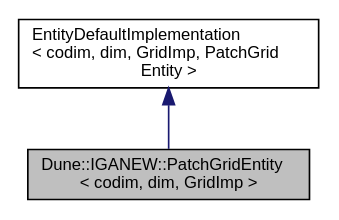
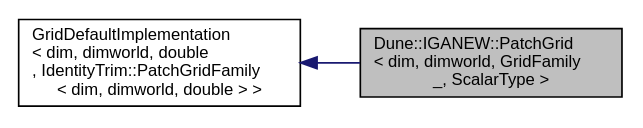
Before and after one commit to rath3t/dune-iga-doc: the diagram in d1/d0d/a01191.dot, drawn with Graphviz. The commit also changed 1206 other files, not shown here.

```diff
--- a/d1/d0d/a01191.dot
+++ b/d1/d0d/a01191.dot
@@ -1,9 +1,10 @@
-digraph "Dune::IGANEW::PatchGridEntity&lt; codim, dim, GridImp &gt;"
+digraph "Dune::IGANEW::PatchGrid&lt; dim, dimworld, GridFamily_, ScalarType &gt;"
 {
  // LATEX_PDF_SIZE
   edge [fontname="Helvetica",fontsize="10",labelfontname="Helvetica",labelfontsize="10"];
   node [fontname="Helvetica",fontsize="10",shape=record];
-  Node1 [label="Dune::IGANEW::PatchGridEntity\l\< codim, dim, GridImp \>",height=0.2,width=0.4,color="black", fillcolor="grey75", style="filled", fontcolor="black",tooltip="The implementation of entities in a PatchGrid."];
+  rankdir="LR";
+  Node1 [label="Dune::IGANEW::PatchGrid\l\< dim, dimworld, GridFamily\l_, ScalarType \>",height=0.2,width=0.4,color="black", fillcolor="grey75", style="filled", fontcolor="black",tooltip="Provides a NURBS grid based on a single NURBS patch."];
   Node2 -> Node1 [dir="back",color="midnightblue",fontsize="10",style="solid",fontname="Helvetica"];
-  Node2 [label="EntityDefaultImplementation\l\< codim, dim, GridImp, PatchGrid\lEntity \>",height=0.2,width=0.4,color="black", fillcolor="white", style="filled",tooltip=" "];
+  Node2 [label="GridDefaultImplementation\l\< dim, dimworld, double\l , IdentityTrim::PatchGridFamily\l \< dim, dimworld, double  \> \>",height=0.2,width=0.4,color="black", fillcolor="white", style="filled",tooltip=" "];
 }
```
